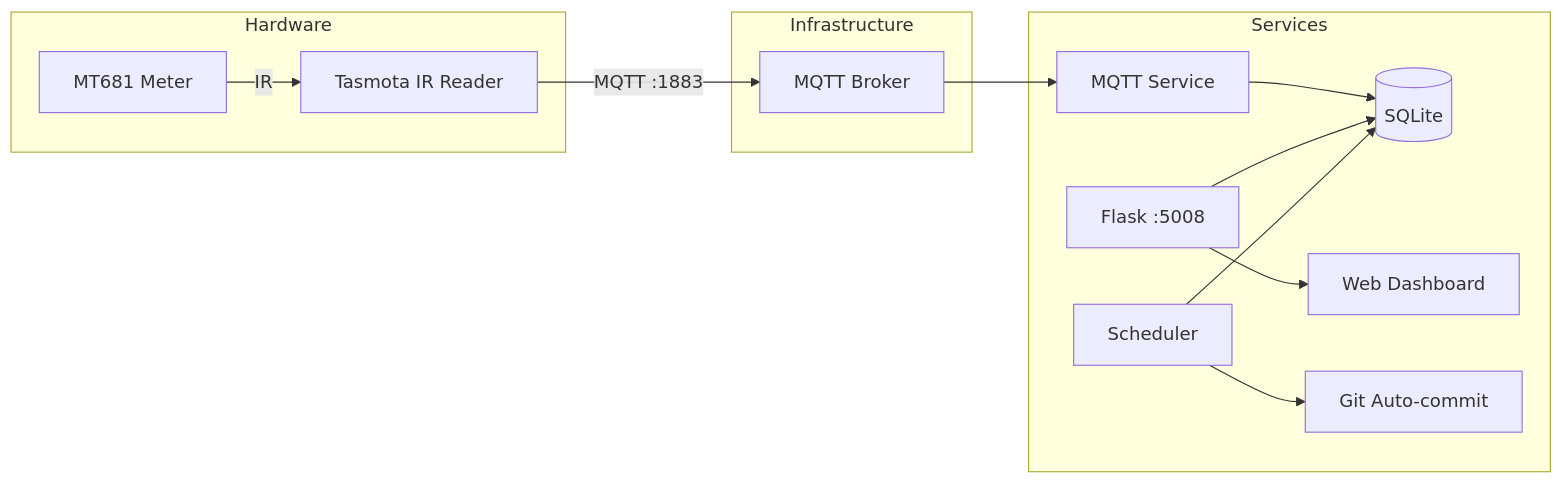
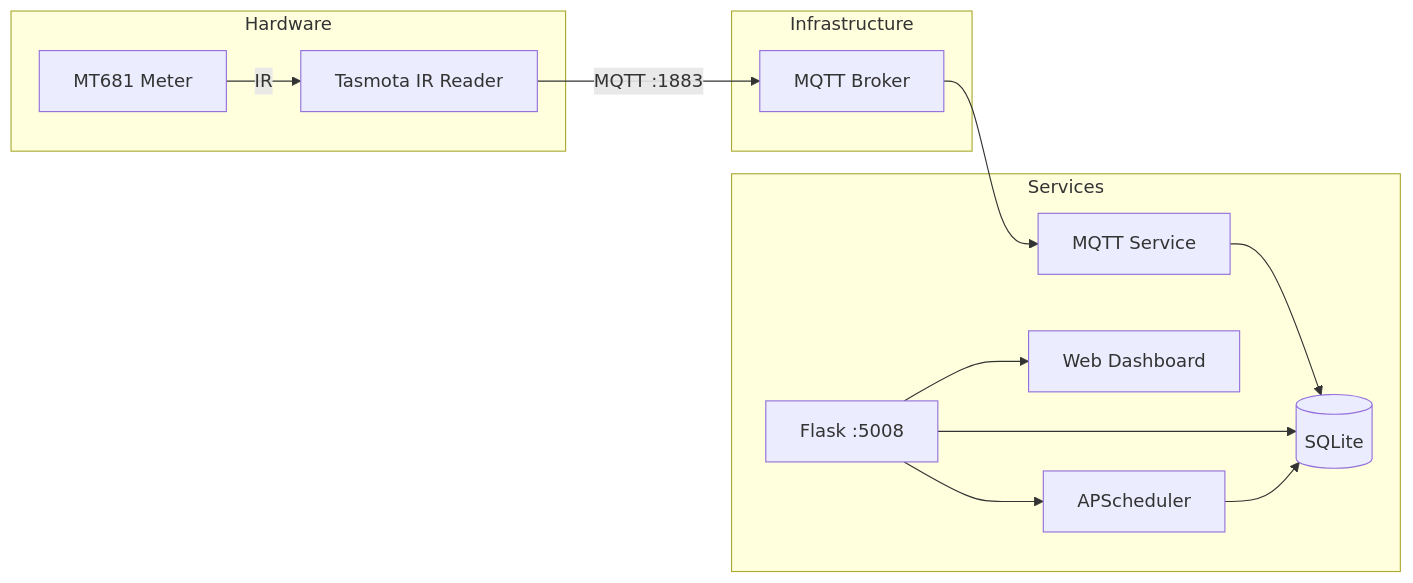
One commit to momonala/energy-monitor changed the diagram in README.md. Above: the diagram before and after it, drawn with Mermaid. The commit also changed other lines of this file and 8 other files, not shown here.

Commit message:
fold scheduled task into Flask's APScheduler

````diff
--- a/README.md
+++ b/README.md
@@ -10,17 +10,17 @@
 ```mermaid
 flowchart LR
     subgraph Hardware
         Meter[MT681 Meter] -->|IR| Tasmota[Tasmota IR Reader]
     end
     subgraph Infrastructure
         Tasmota -->|MQTT :1883| Broker[MQTT Broker]
     end
     subgraph Services
         Broker --> MQTT[MQTT Service]
         MQTT --> DB[(SQLite)]
         Flask[Flask :5008] --> DB
         Flask --> UI[Web Dashboard]
-        Scheduler[Scheduler] --> DB
-        Scheduler --> Git[Git Auto-commit]
+        Flask --> Scheduler[APScheduler]
+        Scheduler --> DB
     end
 ```
````
